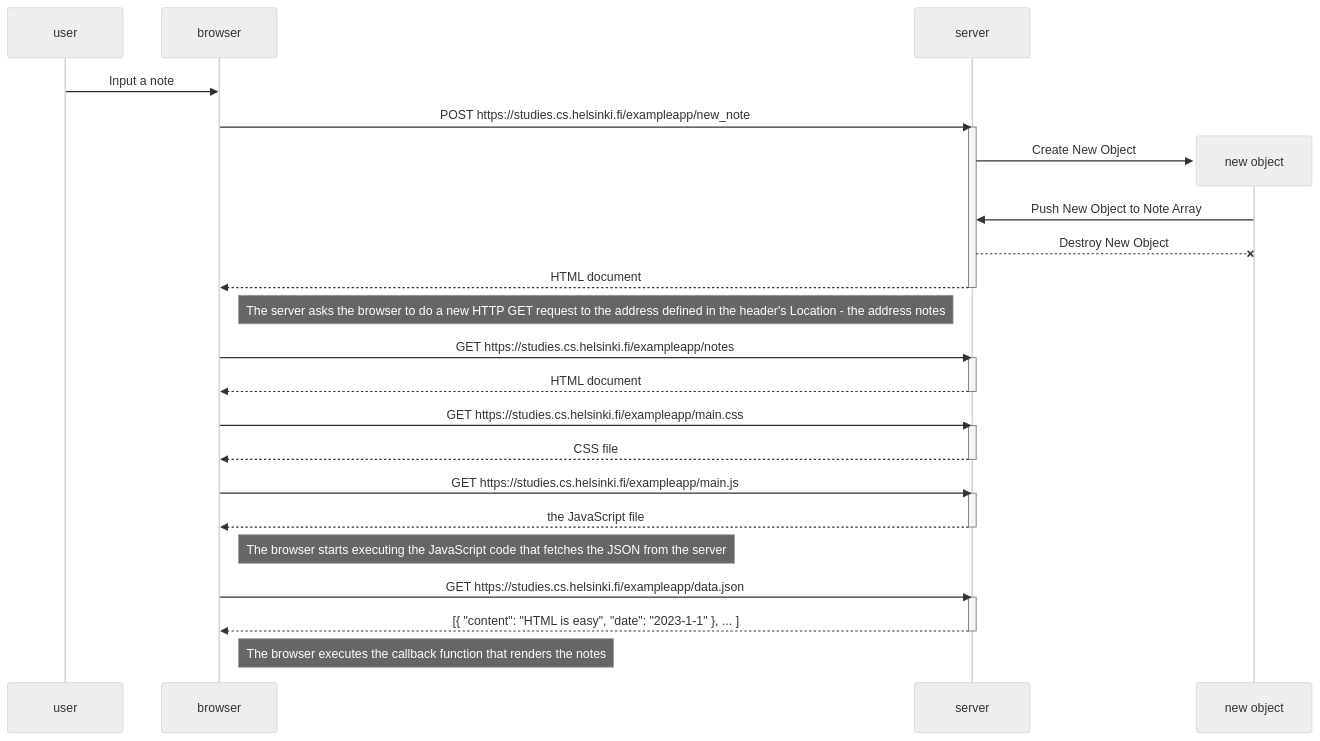
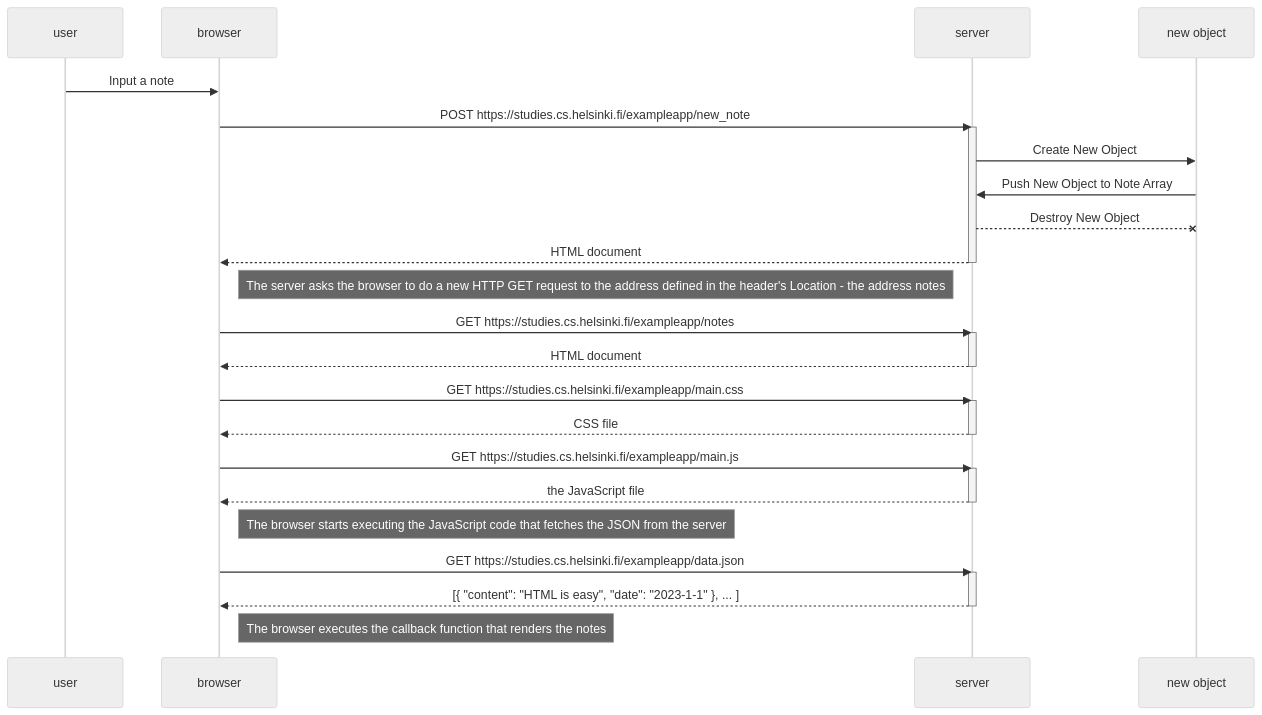
Before and after one commit to dyzine/FullStackOpen: the diagram in part0/0.4.NewNoteDiagram.md, drawn with Mermaid (neutral theme).

Commit message:
Fixing create participant new object

````diff
--- a/part0/0.4.NewNoteDiagram.md
+++ b/part0/0.4.NewNoteDiagram.md
@@ -1,45 +1,45 @@
 ```mermaid
 sequenceDiagram
     participant user
     participant browser
     participant server
+    participant new object
 
 
     user->>browser: Input a note
 
     browser->>server: POST https://studies.cs.helsinki.fi/exampleapp/new_note
     activate server
-    create participant new object
     server->>new object: Create New Object
     new object->>server: Push New Object to Note Array
     server--xnew object: Destroy New Object
 
     server-->>browser: HTML document
     deactivate server
 
     Note right of browser: The server asks the browser to do a new HTTP GET request to the address defined in the header's Location - the address notes
 
     browser->>server: GET https://studies.cs.helsinki.fi/exampleapp/notes
     activate server
     server-->>browser: HTML document
     deactivate server
 
     browser->>server: GET https://studies.cs.helsinki.fi/exampleapp/main.css
     activate server
     server-->>browser: CSS file
     deactivate server
 
     browser->>server: GET https://studies.cs.helsinki.fi/exampleapp/main.js
     activate server
     server-->>browser: the JavaScript file
     deactivate server
 
     Note right of browser: The browser starts executing the JavaScript code that fetches the JSON from the server
 
     browser->>server: GET https://studies.cs.helsinki.fi/exampleapp/data.json
     activate server
     server-->>browser: [{ "content": "HTML is easy", "date": "2023-1-1" }, ... ]
     deactivate server
 
     Note right of browser: The browser executes the callback function that renders the notes
 ```
````
